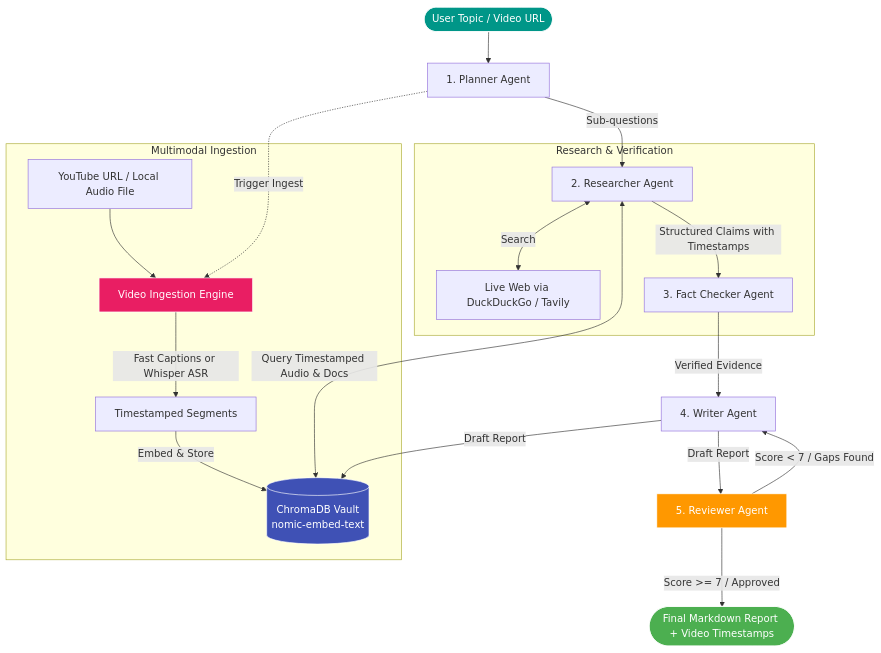
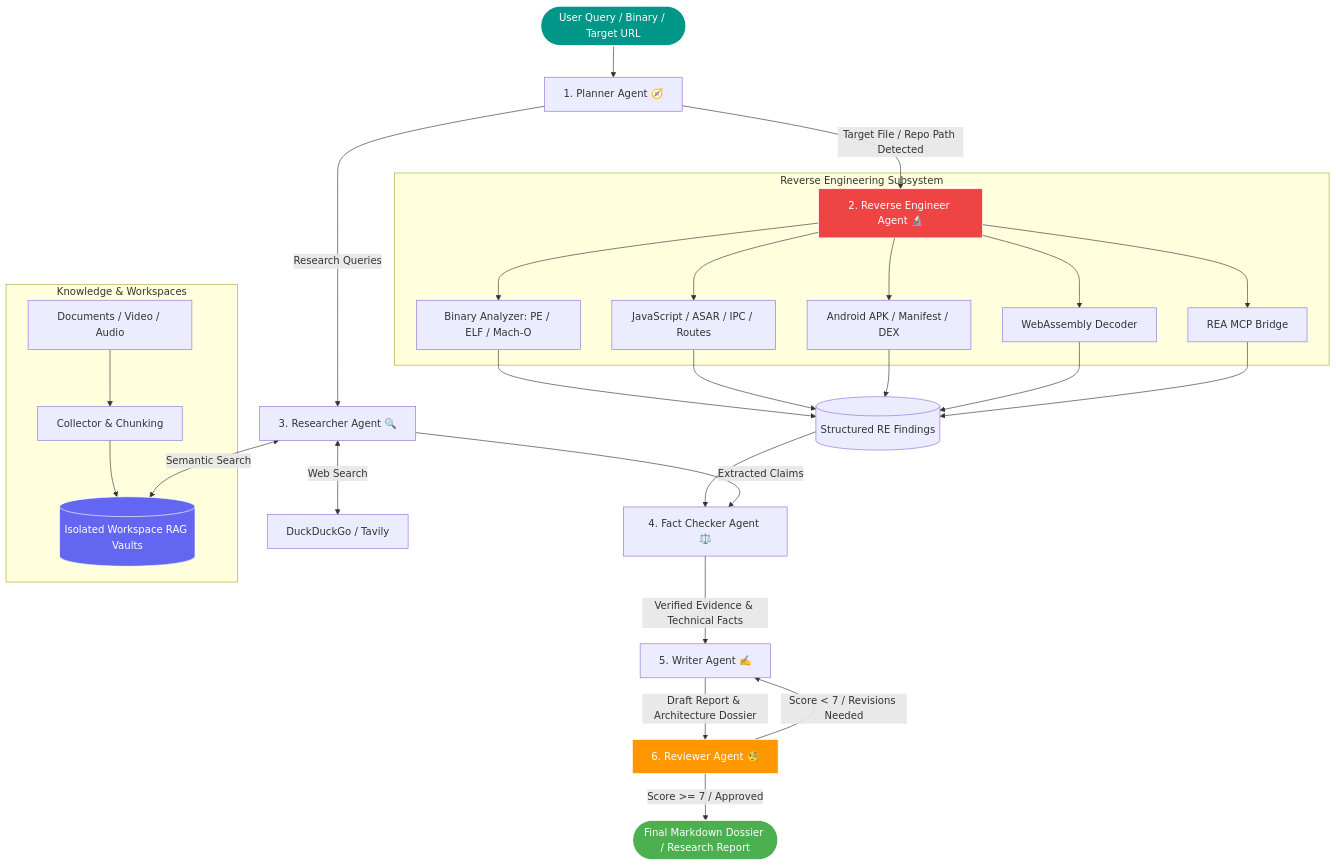
One commit to shivbu22/Marat changed the diagram in README.md. Above: the diagram before and after it, drawn with Mermaid. The commit also changed other lines of this file and 30 other files, not shown here.

Commit message:
feat: upgrade Marat with AnythingLLM workspaces, MCP hypervisor, and reverse-engineer-anything (REA) engine

````diff
--- a/README.md
+++ b/README.md
@@ -44,32 +42,39 @@
 ```mermaid
 flowchart TD
-    Start([User Topic / Video URL]) --> Planner[1. Planner Agent]
+    Input([User Query / Binary / Target URL]) --> Planner[1. Planner Agent 🧭]
     
-    subgraph Multimodal Ingestion
-        MediaIn[YouTube URL / Local Audio File] --> VideoTool[Video Ingestion Engine]
-        VideoTool -->|Fast Captions or Whisper ASR| Segments[Timestamped Segments]
-        Segments -->|Embed & Store| RAG[(ChromaDB Vault\nnomic-embed-text)]
+    Planner -->|Target File / Repo Path Detected| REAgent[2. Reverse Engineer Agent 🔬]
+    Planner -->|Research Queries| Researcher[3. Researcher Agent 🔍]
+    
+    subgraph Reverse Engineering Subsystem
+        REAgent --> BinAn[Binary Analyzer: PE / ELF / Mach-O]
+        REAgent --> JSAn[JavaScript / ASAR / IPC / Routes]
+        REAgent --> APKAn[Android APK / Manifest / DEX]
+        REAgent --> WASMAn[WebAssembly Decoder]
+        REAgent --> MCPBridge[REA MCP Bridge]
     end
 
-    Planner -->|Sub-questions| Researcher[2. Researcher Agent]
-    Planner -.->|Trigger Ingest| VideoTool
+    subgraph Knowledge & Workspaces
+        DocUpload[Documents / Video / Audio] --> Collector[Collector & Chunking]
+        Collector --> ChromaVault[(Isolated Workspace RAG Vaults)]
+    end
+
+    BinAn & JSAn & APKAn & WASMAn & MCPBridge --> Findings[(Structured RE Findings)]
+    Findings --> FactChecker[4. Fact Checker Agent ⚖️]
     
-    subgraph Research & Verification
-        Researcher <-->|Search| Web[Live Web via DuckDuckGo / Tavily]
-        Researcher <-->|Query Timestamped Audio & Docs| RAG
-        Researcher -->|Structured Claims with Timestamps| FactChecker[3. Fact Checker Agent]
-    end
-    
-    FactChecker -->|Verified Evidence| Writer[4. Writer Agent]
-    Writer -->|Draft Report| RAG
-    Writer -->|Draft Report| Reviewer[5. Reviewer Agent]
-    
-    Reviewer -->|Score < 7 / Gaps Found| Writer
-    Reviewer -->|Score >= 7 / Approved| Done([Final Markdown Report + Video Timestamps])
+    Researcher <-->|Web Search| DDG[DuckDuckGo / Tavily]
+    Researcher <-->|Semantic Search| ChromaVault
+    Researcher -->|Extracted Claims| FactChecker
 
-    style Start fill:#009688,stroke:#fff,color:#fff
-    style Done fill:#4caf50,stroke:#fff,color:#fff
-    style RAG fill:#3f51b5,stroke:#fff,color:#fff
+    FactChecker -->|Verified Evidence & Technical Facts| Writer[5. Writer Agent ✍️]
+    Writer -->|Draft Report & Architecture Dossier| Reviewer[6. Reviewer Agent 🧐]
+
+    Reviewer -->|Score < 7 / Revisions Needed| Writer
+    Reviewer -->|Score >= 7 / Approved| Output([Final Markdown Dossier / Research Report])
+
+    style Input fill:#009688,stroke:#fff,color:#fff
+    style Output fill:#4caf50,stroke:#fff,color:#fff
+    style ChromaVault fill:#6366F1,stroke:#fff,color:#fff
+    style REAgent fill:#EF4444,stroke:#fff,color:#fff
     style Reviewer fill:#ff9800,stroke:#fff,color:#fff
-    style VideoTool fill:#e91e63,stroke:#fff,color:#fff
 ```
````
